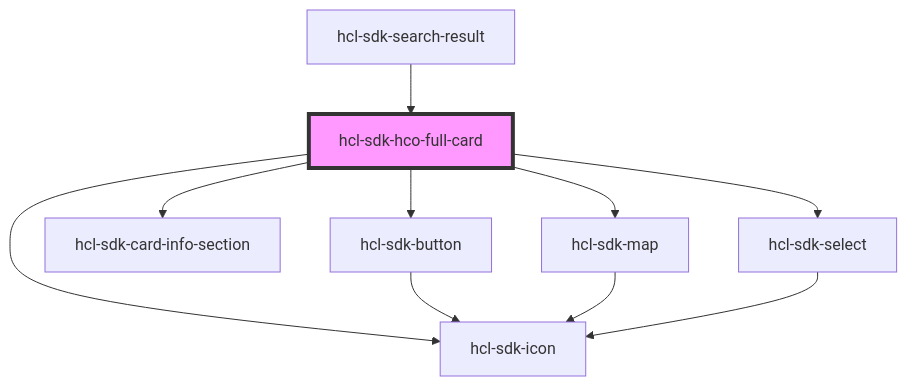
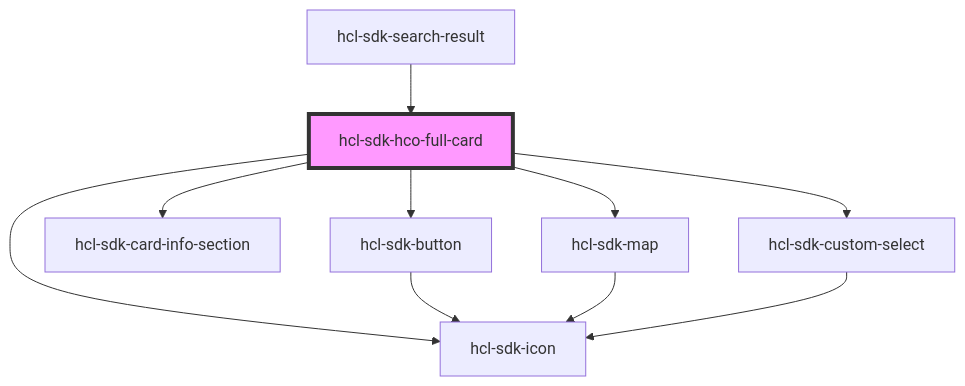
One commit to hcl-sdk/HealthCareLocatorWebSDK changed the diagram in packages/hcl-sdk-web-ui/docs/components/ui-kits/hcl-sdk-hco-full-card/readme.md. Above: the diagram before and after it, drawn with Mermaid. The commit also changed other lines of this file and 15 other files, not shown here.

````diff
--- a/packages/hcl-sdk-web-ui/docs/components/ui-kits/hcl-sdk-hco-full-card/readme.md
+++ b/packages/hcl-sdk-web-ui/docs/components/ui-kits/hcl-sdk-hco-full-card/readme.md
@@ -30,13 +30,13 @@
 ```mermaid
 graph TD;
   hcl-sdk-hco-full-card --> hcl-sdk-button
   hcl-sdk-hco-full-card --> hcl-sdk-icon
   hcl-sdk-hco-full-card --> hcl-sdk-card-info-section
   hcl-sdk-hco-full-card --> hcl-sdk-map
-  hcl-sdk-hco-full-card --> hcl-sdk-select
+  hcl-sdk-hco-full-card --> hcl-sdk-custom-select
   hcl-sdk-button --> hcl-sdk-icon
   hcl-sdk-map --> hcl-sdk-icon
-  hcl-sdk-select --> hcl-sdk-icon
+  hcl-sdk-custom-select --> hcl-sdk-icon
   hcl-sdk-search-result --> hcl-sdk-hco-full-card
   style hcl-sdk-hco-full-card fill:#f9f,stroke:#333,stroke-width:4px
 ```
````
